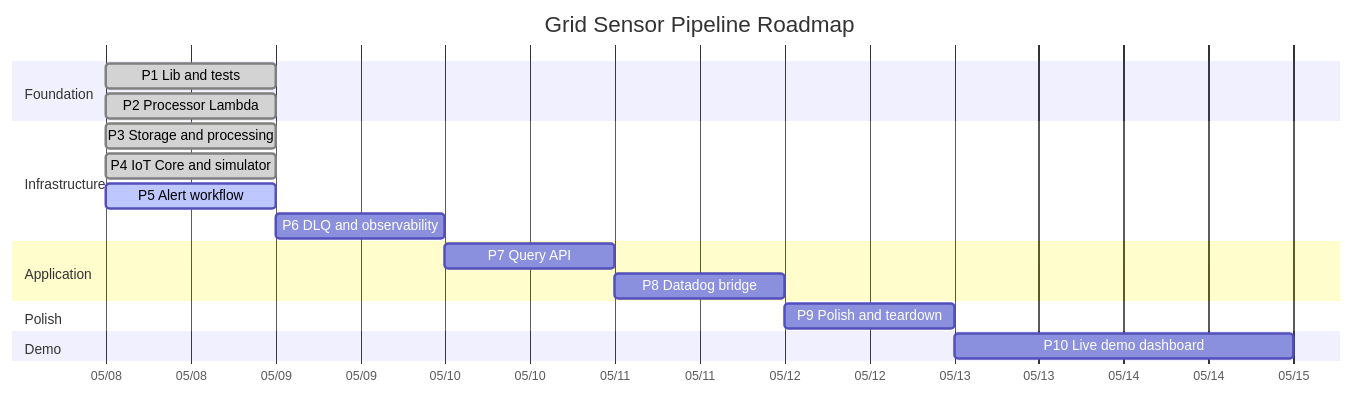
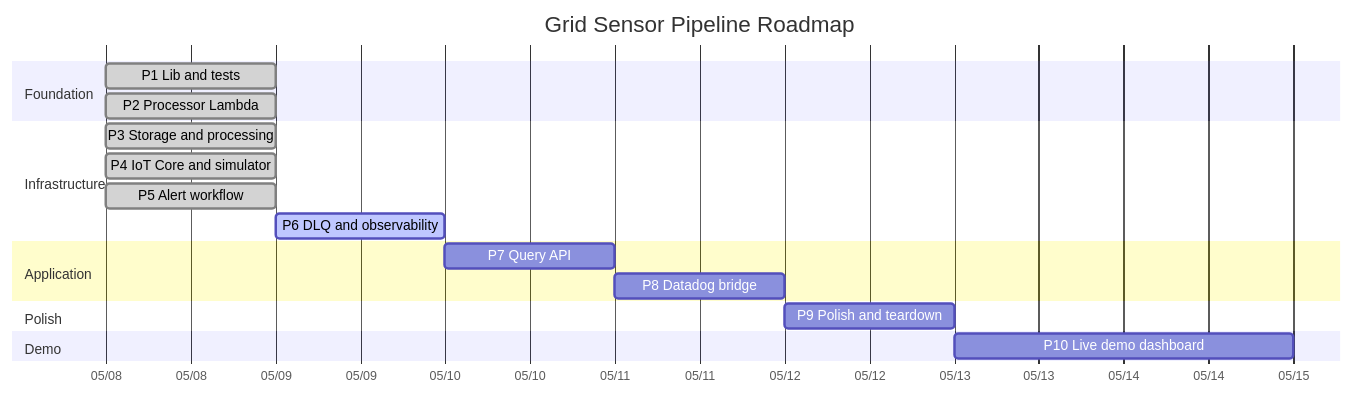
One commit to amusto/Grid-Sensor-Pipeline changed the diagram in ROADMAP.md. Above: the diagram before and after it, drawn with Mermaid. The commit also changed other lines of this file and 3 other files, not shown here.

First line of the commit message:
docs: close Phase 5 - alert workflow shipped end-to-end

````diff
--- a/ROADMAP.md
+++ b/ROADMAP.md
@@ -64,21 +64,21 @@
 ```mermaid
 gantt
     title Grid Sensor Pipeline Roadmap
     dateFormat YYYY-MM-DD
     axisFormat %m/%d
     section Foundation
     P1 Lib and tests              :done,   p1, 2026-05-08, 1d
     P2 Processor Lambda           :done,   p2, 2026-05-08, 1d
     section Infrastructure
     P3 Storage and processing     :done,   p3, 2026-05-08, 1d
     P4 IoT Core and simulator     :done,   p4, 2026-05-08, 1d
-    P5 Alert workflow             :active, p5, 2026-05-08, 1d
-    P6 DLQ and observability      :        p6, after p5, 1d
+    P5 Alert workflow             :done,   p5, 2026-05-08, 1d
+    P6 DLQ and observability      :active, p6, after p5, 1d
     section Application
     P7 Query API                  :        p7, after p6, 1d
     P8 Datadog bridge             :        p8, after p7, 1d
     section Polish
     P9 Polish and teardown        :        p9, after p8, 1d
     section Demo
     P10 Live demo dashboard       :        p10, after p9, 2d
 ```
````
